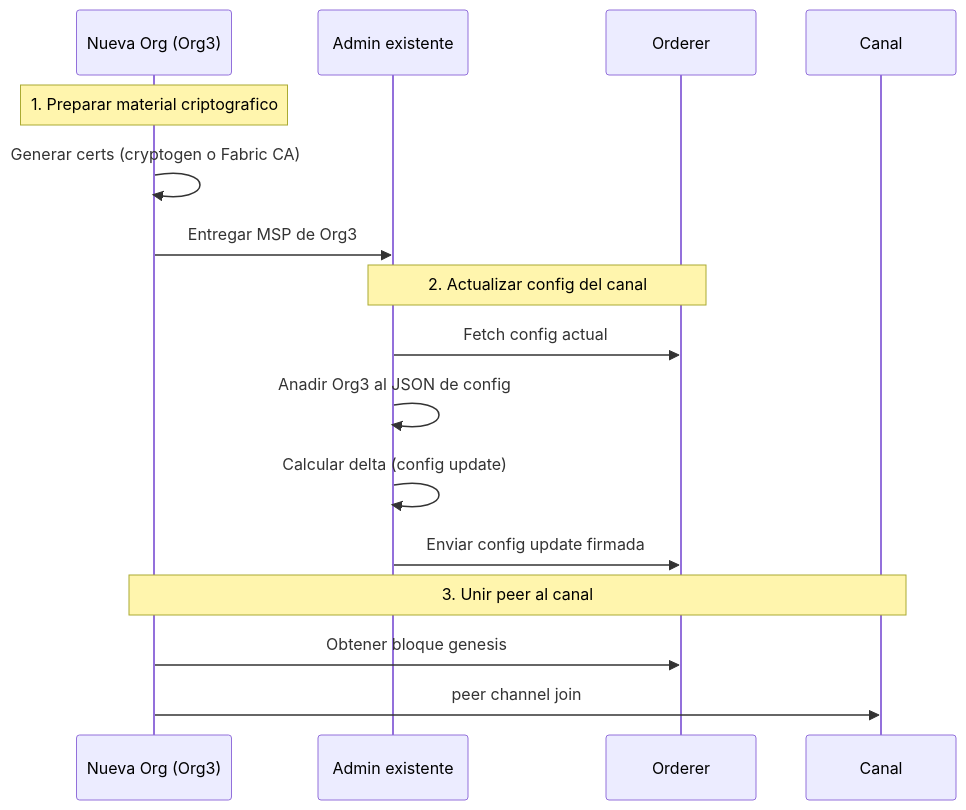
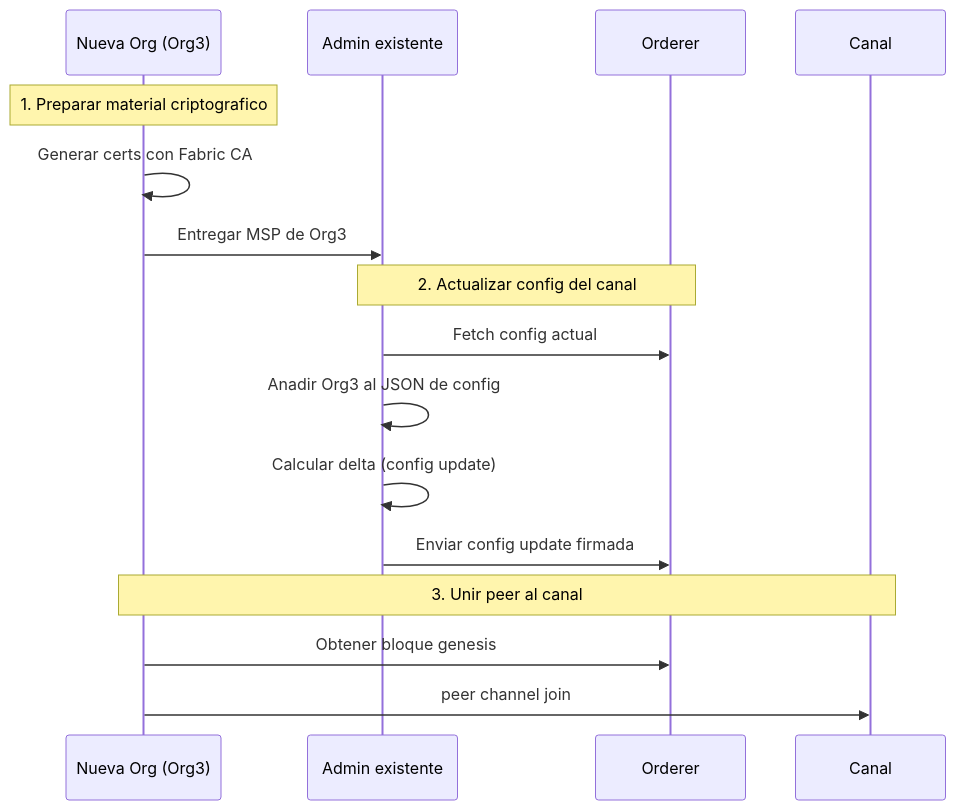
The third of 7 diagrams in docs/06-operaciones-administracion.md (jjnieto/fabric), drawn with Mermaid before and after one commit. The commit also changed other lines of this file, not shown here.

First line of the commit message:
Reescribir doc 06: conectar con red del doc 05, añadir despliegue chaincode

````diff
--- a/docs/06-operaciones-administracion.md
+++ b/docs/06-operaciones-administracion.md
@@ -32,21 +401,21 @@
 ```mermaid
 sequenceDiagram
     participant NewOrg as Nueva Org (Org3)
     participant Admin as Admin existente
     participant Orderer as Orderer
     participant Canal as Canal
 
     Note over NewOrg: 1. Preparar material criptografico
-    NewOrg->>NewOrg: Generar certs (cryptogen o Fabric CA)
+    NewOrg->>NewOrg: Generar certs con Fabric CA
     NewOrg->>Admin: Entregar MSP de Org3
 
     Note over Admin,Orderer: 2. Actualizar config del canal
     Admin->>Orderer: Fetch config actual
     Admin->>Admin: Anadir Org3 al JSON de config
     Admin->>Admin: Calcular delta (config update)
     Admin->>Orderer: Enviar config update firmada
 
     Note over NewOrg,Canal: 3. Unir peer al canal
     NewOrg->>Orderer: Obtener bloque genesis
     NewOrg->>Canal: peer channel join
 ```
````
